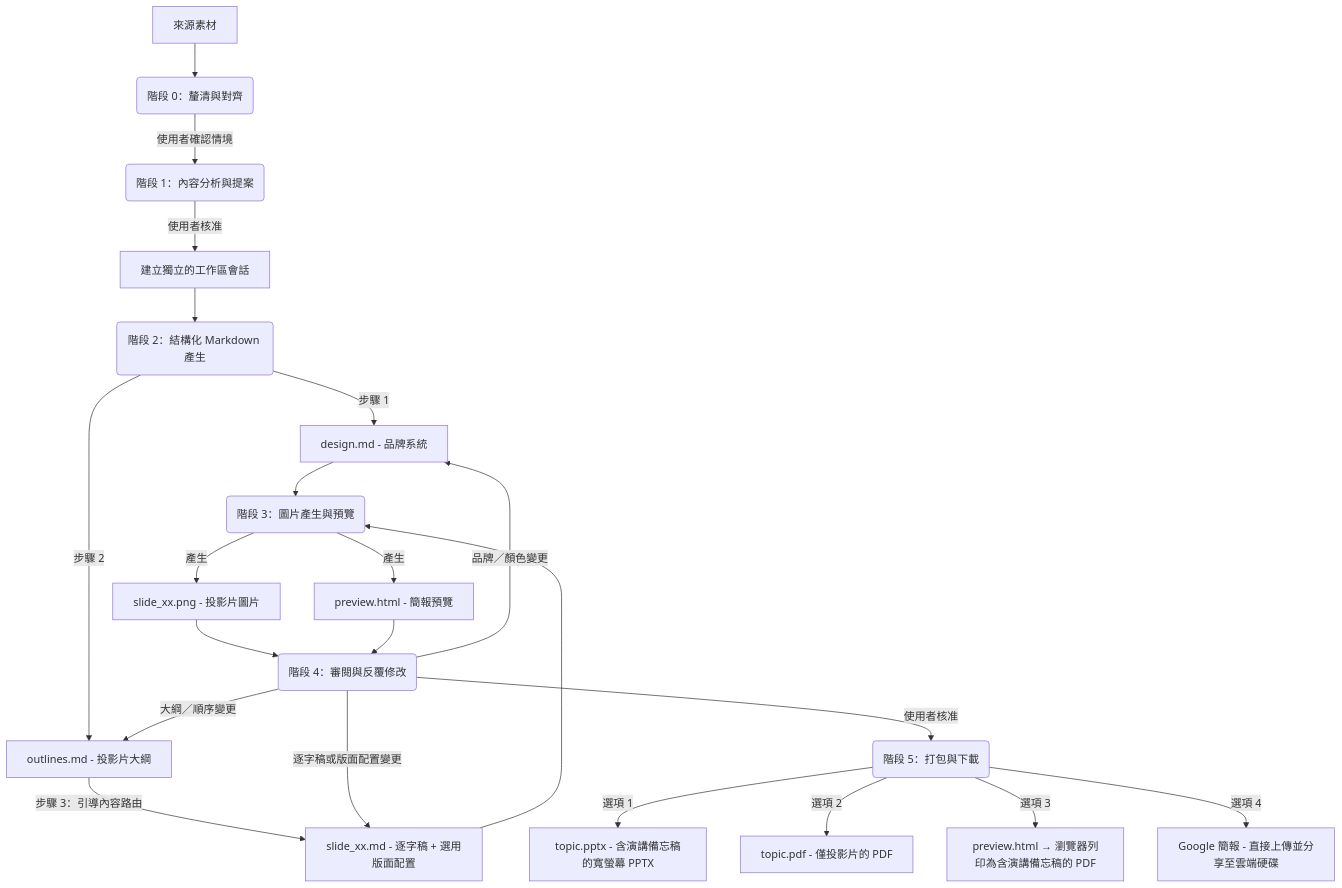
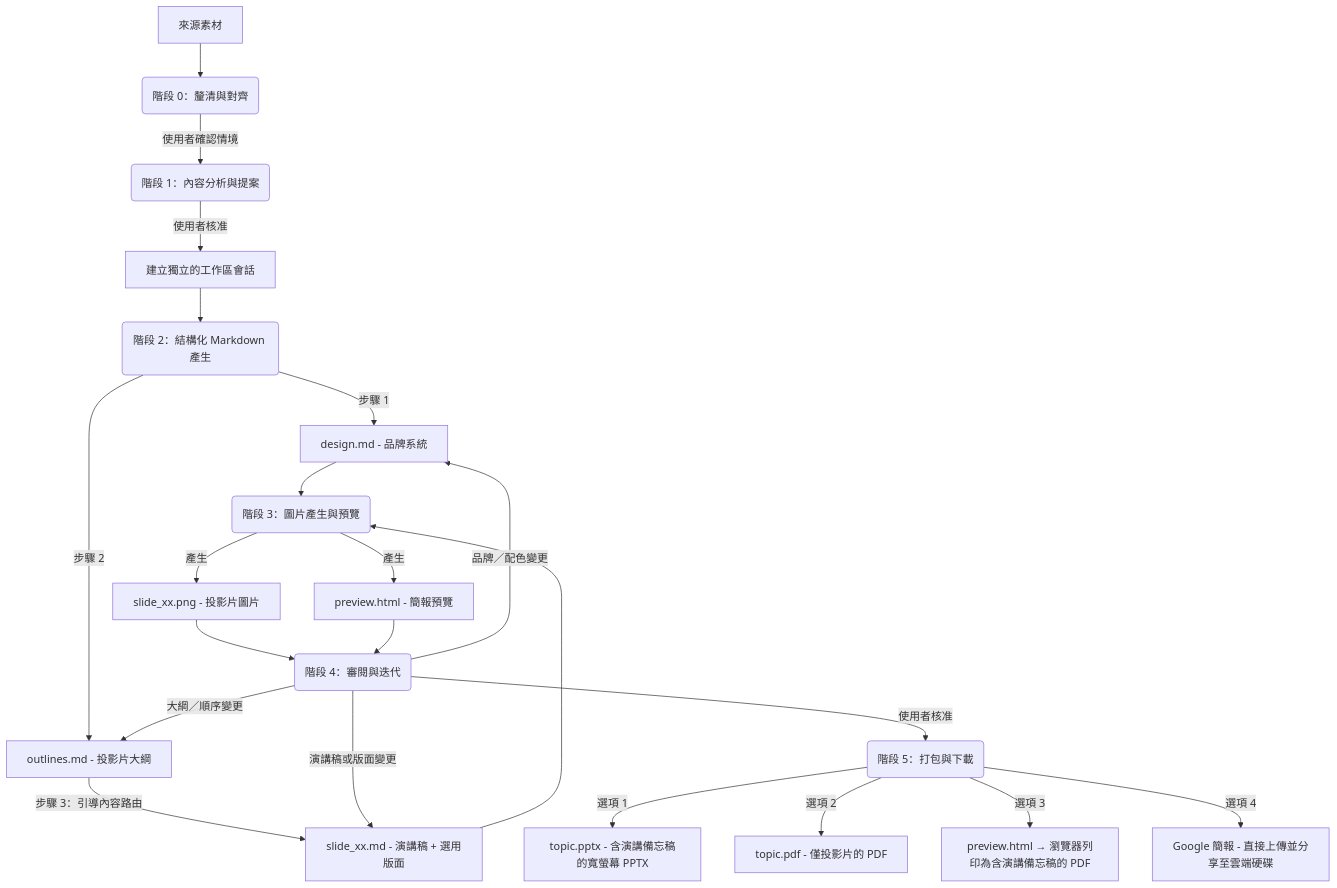
The diagram in README.zh-TW.md (sylphlin/slide-gen-agent), drawn with Mermaid before and after one commit. The commit also changed other lines of this file and 5 other files, not shown here.

````diff
--- a/README.zh-TW.md
+++ b/README.zh-TW.md
@@ -23,27 +23,27 @@
 ```mermaid
 graph TD
     A[來源素材] --> A0(階段 0：釐清與對齊)
     A0 -->|使用者確認情境| B(階段 1：內容分析與提案)
     B -->|使用者核准| C[建立獨立的工作區會話]
     C --> D(階段 2：結構化 Markdown 產生)
 
     D -->|步驟 1| E1[design.md - 品牌系統]
     D -->|步驟 2| E2[outlines.md - 投影片大綱]
-    E2 -->|步驟 3：引導內容路由| E3[slide_xx.md - 逐字稿 + 選用版面配置]
+    E2 -->|步驟 3：引導內容路由| E3[slide_xx.md - 演講稿 + 選用版面]
 
     E1 & E3 --> F(階段 3：圖片產生與預覽)
     F -->|產生| G1[slide_xx.png - 投影片圖片]
     F -->|產生| G2[preview.html - 簡報預覽]
 
-    G1 & G2 --> H(階段 4：審閱與反覆修改)
+    G1 & G2 --> H(階段 4：審閱與迭代)
 
-    H -->|逐字稿或版面配置變更| E3
+    H -->|演講稿或版面變更| E3
     H -->|大綱／順序變更| E2
-    H -->|品牌／顏色變更| E1
+    H -->|品牌／配色變更| E1
 
     H -->|使用者核准| I(階段 5：打包與下載)
     I -->|選項 1| J[topic.pptx - 含演講備忘稿的寬螢幕 PPTX]
     I -->|選項 2| K[topic.pdf - 僅投影片的 PDF]
     I -->|選項 3| L[preview.html → 瀏覽器列印為含演講備忘稿的 PDF]
     I -->|選項 4| M[Google 簡報 - 直接上傳並分享至雲端硬碟]
 ```
````
